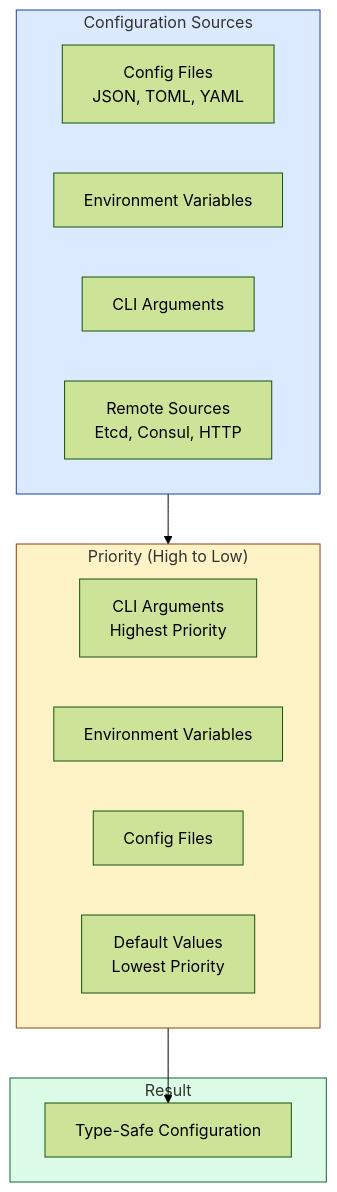
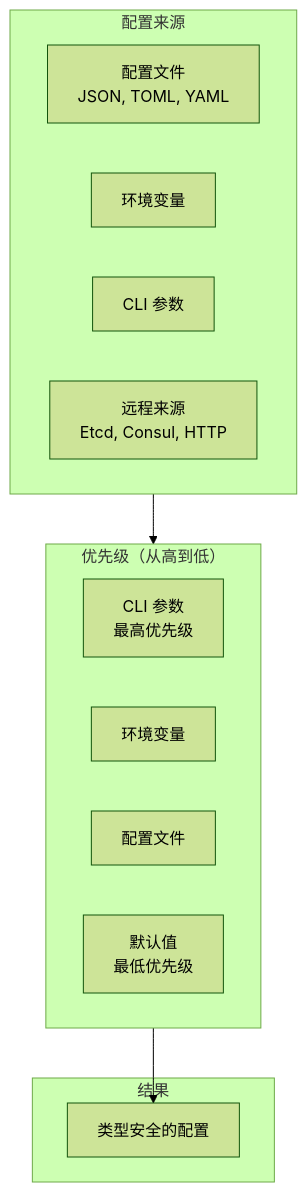
Before and after one commit to Kirky-X/confers: the diagram in docs/USER_GUIDE.md, drawn with Mermaid (forest theme). The commit also changed other lines of this file and 15 other files, not shown here.

Commit message:
docs: 文档结构重组(image→assets 统一 assets/ 目录) + 新增 ARCHITECTURE + 内容同步

````diff
--- a/docs/USER_GUIDE.md
+++ b/docs/USER_GUIDE.md
@@ -236,27 +196,23 @@
 ```mermaid
 graph TB
-    subgraph Sources ["Configuration Sources"]
-        A["Config Files<br/>JSON, TOML, YAML"]
-        B["Environment Variables"]
-        C["CLI Arguments"]
-        D["Remote Sources<br/>Etcd, Consul, HTTP"]
+    subgraph Sources ["配置来源"]
+        A["配置文件<br/>JSON, TOML, YAML"]
+        B["环境变量"]
+        C["CLI 参数"]
+        D["远程来源<br/>Etcd, Consul, HTTP"]
     end
 
-    subgraph Priority ["Priority (High to Low)"]
-        P1["CLI Arguments<br/>Highest Priority"]
-        P2["Environment Variables"]
-        P3["Config Files"]
-        P4["Default Values<br/>Lowest Priority"]
+    subgraph Priority ["优先级（从高到低）"]
+        P1["CLI 参数<br/>最高优先级"]
+        P2["环境变量"]
+        P3["配置文件"]
+        P4["默认值<br/>最低优先级"]
     end
 
-    subgraph Result ["Result"]
-        R["Type-Safe Configuration"]
+    subgraph Result ["结果"]
+        R["类型安全的配置"]
     end
 
     Sources --> Priority
     Priority --> R
-
-    style Sources fill:#DBEAFE,stroke:#1E40AF
-    style Priority fill:#FEF3C7,stroke:#92400E
-    style Result fill:#DCFCE7,stroke:#166534
 ```
````
